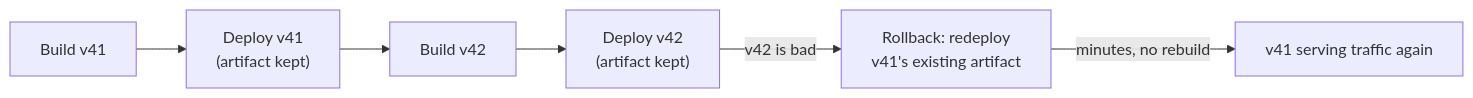
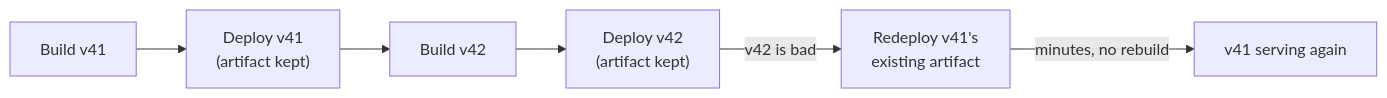
Before and after one commit to francoandreDev/knowledge: the first of 4 diagrams in src/content/infra-delivery/rollback-strategy/L2-concept.mdx, drawn with Mermaid. The commit also changed other lines of this file and 3 other files, not shown here.

````diff
--- a/src/content/infra-delivery/rollback-strategy/L2-concept.mdx
+++ b/src/content/infra-delivery/rollback-strategy/L2-concept.mdx
@@ -41,7 +41,7 @@
 ```mermaid
 flowchart LR
-    A["Build v41"] --> B["Deploy v41\n(artifact kept)"]
-    B --> C["Build v42"] --> D["Deploy v42\n(artifact kept)"]
-    D -->|"v42 is bad"| E["Rollback: redeploy\nv41's existing artifact"]
-    E -->|"minutes, no rebuild"| F["v41 serving traffic again"]
+    A["Build v41"] --> B["Deploy v41<br/>(artifact kept)"]
+    B --> C["Build v42"] --> D["Deploy v42<br/>(artifact kept)"]
+    D -->|"v42 is bad"| E["Redeploy v41's<br/>existing artifact"]
+    E -->|"minutes, no rebuild"| F["v41 serving again"]
 ```
````
